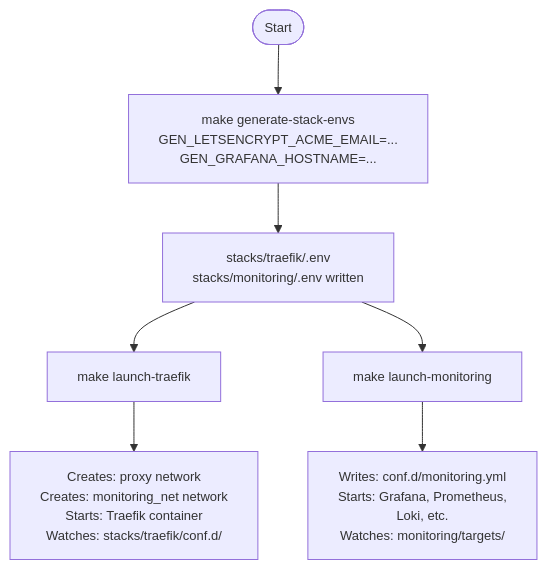
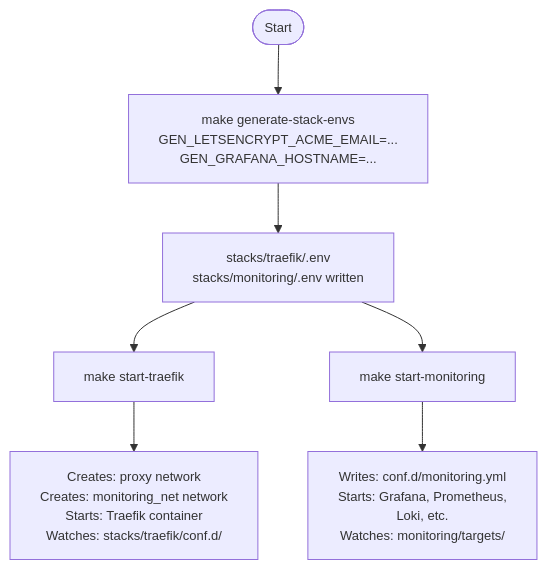
One commit to dhis2/docker-deployment changed the first of 2 diagrams in docs/instance-management.md. Above: the diagram before and after it, drawn with Mermaid. The commit also changed other lines of this file and 5 other files, not shown here.

Commit message:
refactor: rename launch-* targets to start-* for consistency with stop-instance

````diff
--- a/docs/instance-management.md
+++ b/docs/instance-management.md
@@ -9,10 +9,10 @@
 ```mermaid
 %%{init: {"themeVariables": {"fontSize": "13px"}}}%%
 flowchart TD
     A([Start]) --> B["make generate-stack-envs<br/>GEN_LETSENCRYPT_ACME_EMAIL=...<br/>GEN_GRAFANA_HOSTNAME=..."]
     B --> C["stacks/traefik/.env<br/>stacks/monitoring/.env written"]
-    C --> D["make launch-traefik"]
-    C --> E["make launch-monitoring"]
+    C --> D["make start-traefik"]
+    C --> E["make start-monitoring"]
     D --> F["Creates: proxy network<br/>Creates: monitoring_net network<br/>Starts: Traefik container<br/>Watches: stacks/traefik/conf.d/"]
     E --> G["Writes: conf.d/monitoring.yml<br/>Starts: Grafana, Prometheus,<br/>Loki, etc.<br/>Watches: monitoring/targets/"]
 ```
````
